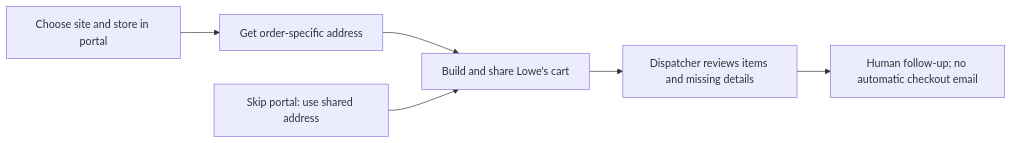
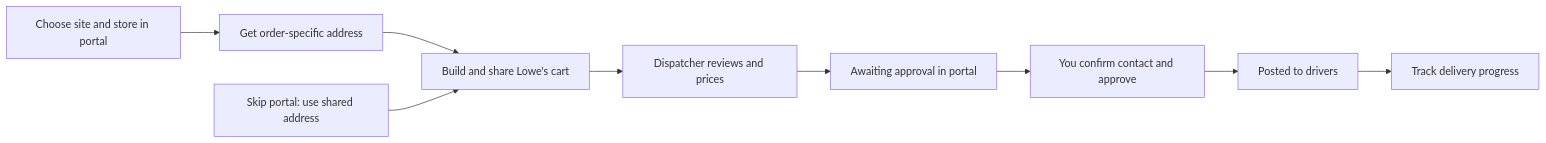
The diagram in docs/runbooks/customer-guide.md (apalumbiLS/DeliveryApp), drawn with Mermaid before and after one commit. The commit also changed other lines of this file and 32 other files, not shown here.

Commit message:
Bring the docs in line with the code, add ADRs for pay on approval, push before texts and automatic posting, and retire the dry-run checklist.

````diff
--- a/docs/runbooks/customer-guide.md
+++ b/docs/runbooks/customer-guide.md
@@ -18,8 +24,11 @@
 ```mermaid
 flowchart LR
     A[Choose site and store in portal] --> B[Get order-specific address]
     B --> C[Build and share Lowe's cart]
     X[Skip portal: use shared address] --> C
-    C --> D[Dispatcher reviews items and missing details]
-    D --> E[Human follow-up; no automatic checkout email]
+    C --> D[Dispatcher reviews and prices]
+    D --> E[Awaiting approval in portal]
+    E --> F[You confirm contact and approve]
+    F --> G[Posted to drivers]
+    G --> H[Track delivery progress]
 ```
````
